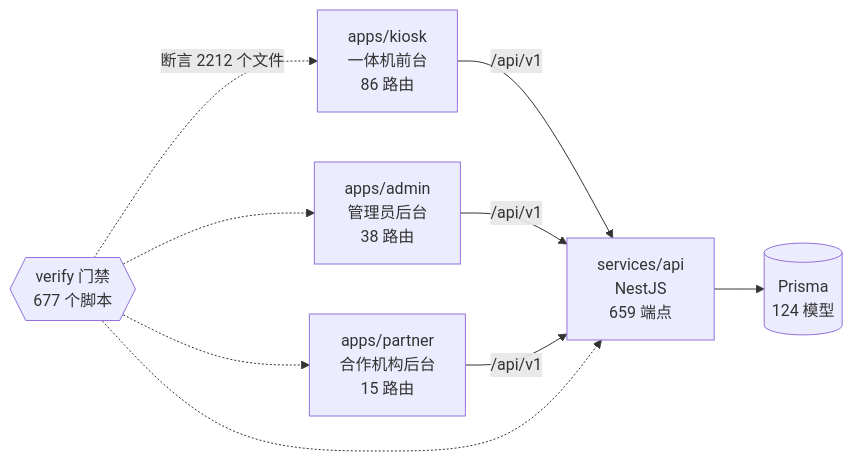
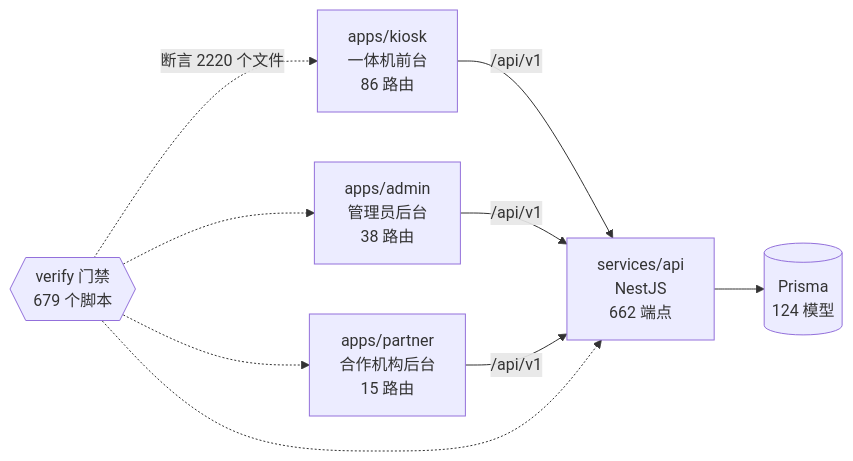
One commit to wanglei581/YITIJI changed the diagram in docs/graph/README.md. Above: the diagram before and after it, drawn with Mermaid. The commit also changed other lines of this file and 3 other files, not shown here.

Commit message:
重生项目图谱

````diff
--- a/docs/graph/README.md
+++ b/docs/graph/README.md
@@ -68,18 +68,18 @@
 ```mermaid
 flowchart LR
   kiosk["apps/kiosk<br/>一体机前台<br/>86 路由"]
   admin["apps/admin<br/>管理员后台<br/>38 路由"]
   partner["apps/partner<br/>合作机构后台<br/>15 路由"]
-  api["services/api<br/>NestJS<br/>659 端点"]
+  api["services/api<br/>NestJS<br/>662 端点"]
   db[("Prisma<br/>124 模型")]
-  gates{{"verify 门禁<br/>677 个脚本"}}
+  gates{{"verify 门禁<br/>679 个脚本"}}
 
   kiosk -->|"/api/v1"| api
   admin -->|"/api/v1"| api
   partner -->|"/api/v1"| api
   api --> db
-  gates -.->|"断言 2212 个文件"| kiosk
+  gates -.->|"断言 2220 个文件"| kiosk
   gates -.-> admin
   gates -.-> partner
   gates -.-> api
 ```
````
